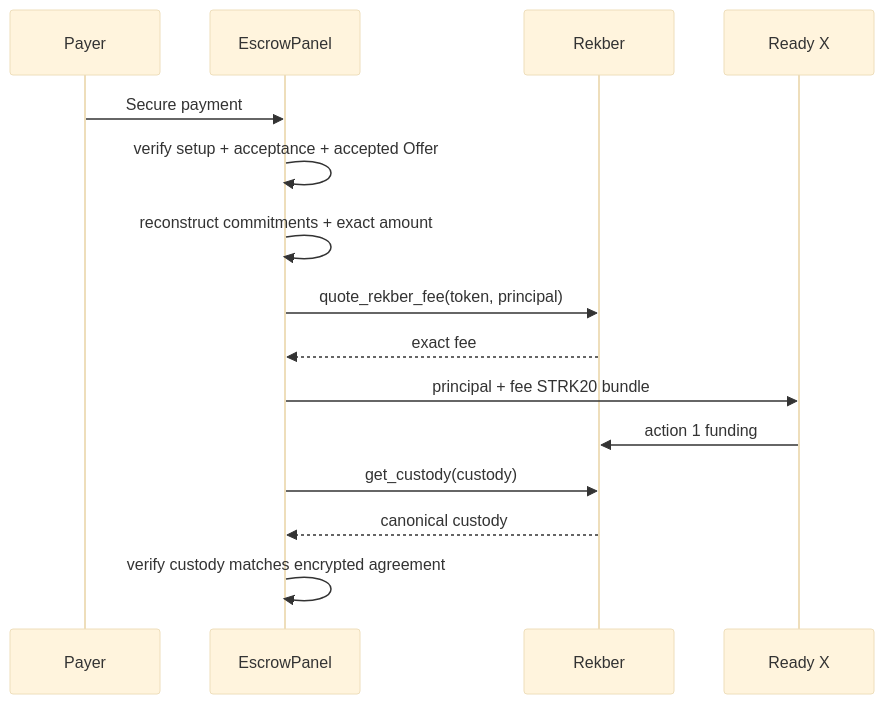
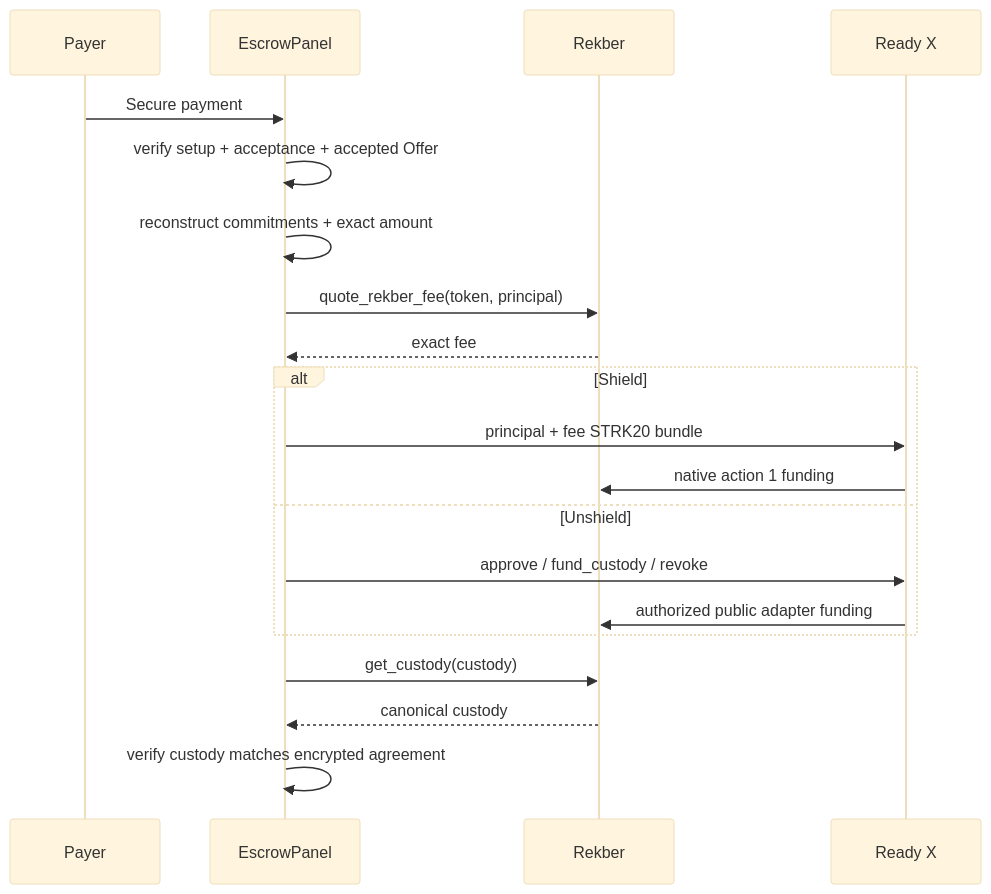
Before and after one commit to DXJLabs/vinss: the fifth of 10 diagrams in docs/technical/frontend/escrow-rekber.md, drawn with Mermaid (base theme). The commit also changed other lines of this file and 14 other files, not shown here.

Commit message:
Clarify Escrow Rekber UI, verify dual-rail lifecycle and refresh architecture diagrams

````diff
--- a/docs/technical/frontend/escrow-rekber.md
+++ b/docs/technical/frontend/escrow-rekber.md
@@ -2167,18 +2220,23 @@
 ```mermaid
 sequenceDiagram
     participant P as Payer
     participant UI as EscrowPanel
     participant R as Rekber
     participant W as Ready X
 
     P->>UI: Secure payment
     UI->>UI: verify setup + acceptance + accepted Offer
     UI->>UI: reconstruct commitments + exact amount
     UI->>R: quote_rekber_fee(token, principal)
     R-->>UI: exact fee
-    UI->>W: principal + fee STRK20 bundle
-    W->>R: action 1 funding
+    alt Shield
+        UI->>W: principal + fee STRK20 bundle
+        W->>R: native action 1 funding
+    else Unshield
+        UI->>W: approve / fund_custody / revoke
+        W->>R: authorized public adapter funding
+    end
     UI->>R: get_custody(custody)
     R-->>UI: canonical custody
     UI->>UI: verify custody matches encrypted agreement
 ```
````
